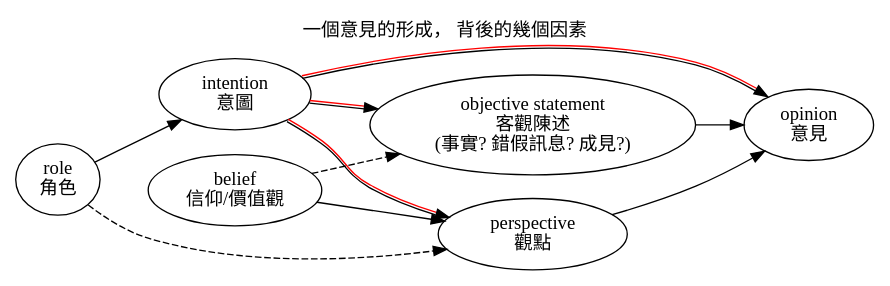
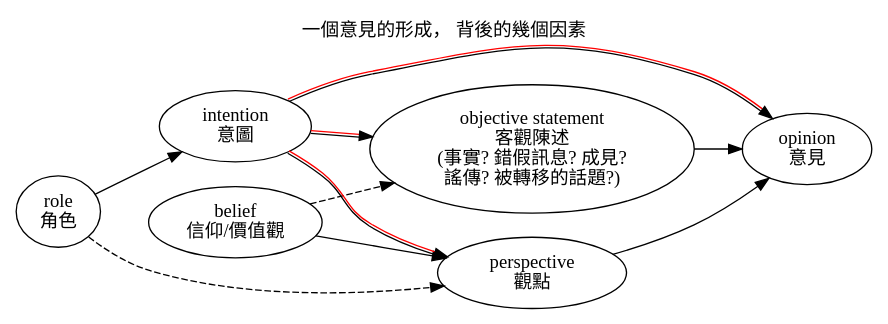
The diagram in a/m/24/opinion.dot (ckhung/ckhung.github.io), drawn with Graphviz before and after one commit. The commit also changed 1 other file, not shown here.

Commit message:
謠傳、被轉移的話題

```diff
--- a/a/m/24/opinion.dot
+++ b/a/m/24/opinion.dot
@@ -1,25 +1,25 @@
 // dot -Tsvg graphic-workflow.dot -o graphic-workflow.svg
 digraph "一個意見的形成， 背後的幾個因素" {
 
     label = "一個意見的形成， 背後的幾個因素";
     labelloc = "t";
     rankdir = "LR";
     overlap = scale;
     compound = true;
 
     belief [ label="belief\n信仰/價值觀" ];
     role [ label="role\n角色" ];
     perspective [ label="perspective\n觀點" ];
     opinion [ label="opinion\n意見" ];
     intention [ label="intention\n意圖" ];
-    obj_statement [ label="objective statement\n客觀陳述\n(事實? 錯假訊息? 成見?)" ];
+    obj_statement [ label="objective statement\n客觀陳述\n(事實? 錯假訊息? 成見? \n謠傳? 被轉移的話題?)" ];
 
     belief -> perspective;
     belief -> obj_statement [ style="dashed" ];
     intention -> perspective [ color="black:red" ];
     role -> intention;
     { perspective obj_statement } -> opinion;
     role -> perspective [ style="dashed" ];
     intention -> opinion [ color="black:red" ];
     intention -> obj_statement [ color="black:red" ];
 }
```
